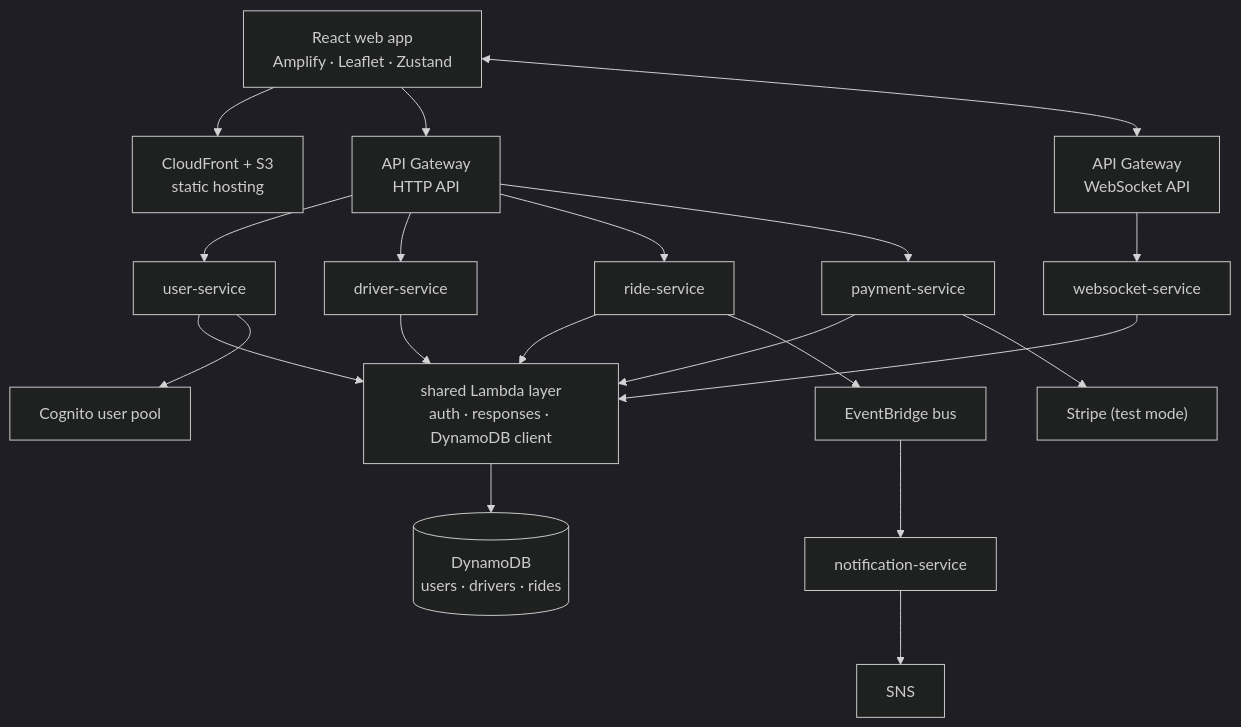
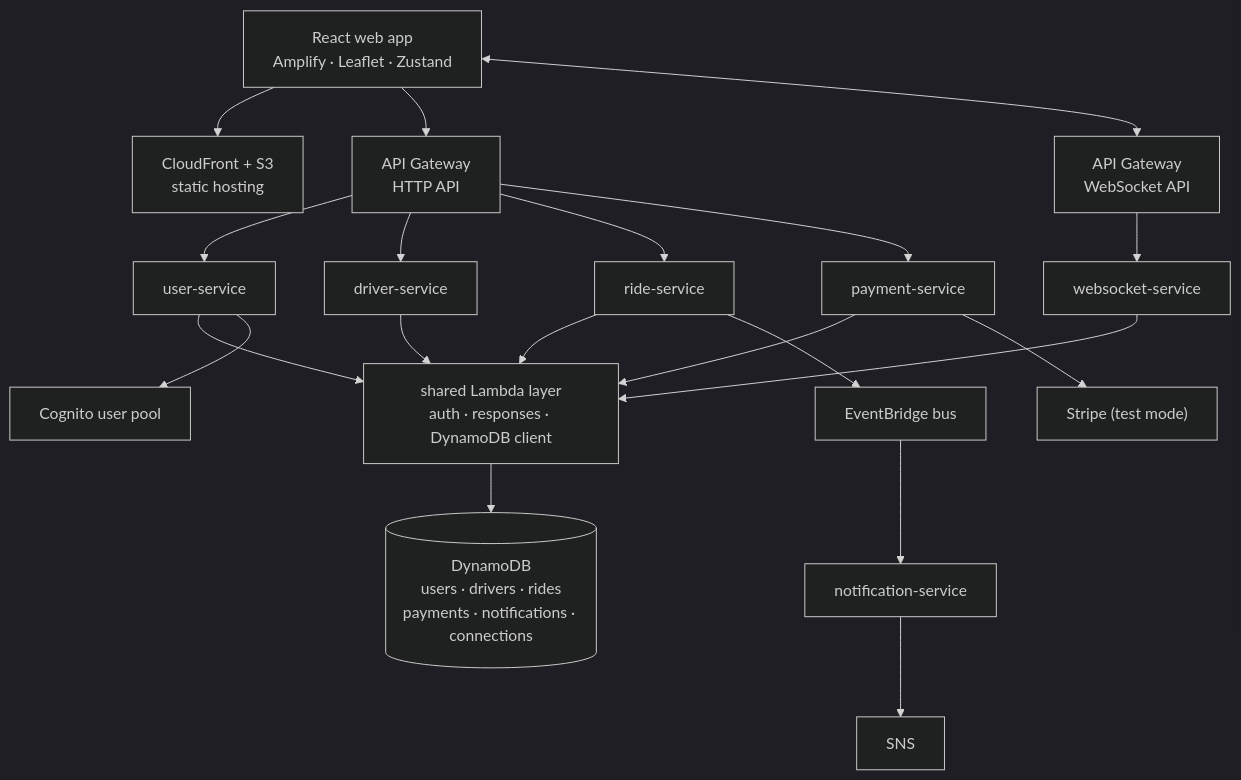
One commit to patsypppe/ridesharing-app changed the diagram in README.md. Above: the diagram before and after it, drawn with Mermaid (dark theme). The commit also changed other lines of this file and 2 other files, not shown here.

````diff
--- a/README.md
+++ b/README.md
@@ -29,26 +29,26 @@
 ```mermaid
 flowchart TB
     PWA["React web app<br/>Amplify · Leaflet · Zustand"]
     PWA --> CF["CloudFront + S3<br/>static hosting"]
     PWA --> HTTP["API Gateway<br/>HTTP API"]
     PWA <--> WS["API Gateway<br/>WebSocket API"]
 
     HTTP --> USER["user-service"]
     HTTP --> DRIVER["driver-service"]
     HTTP --> RIDE["ride-service"]
     HTTP --> PAY["payment-service"]
     WS --> SOCK["websocket-service"]
 
     USER --> LAYER["shared Lambda layer<br/>auth · responses · DynamoDB client"]
     DRIVER --> LAYER
     RIDE --> LAYER
     PAY --> LAYER
     SOCK --> LAYER
 
-    LAYER --> DDB[("DynamoDB<br/>users · drivers · rides")]
+    LAYER --> DDB[("DynamoDB<br/>users · drivers · rides<br/>payments · notifications · connections")]
     USER --> COG["Cognito user pool"]
     PAY --> STRIPE["Stripe (test mode)"]
     RIDE --> EB["EventBridge bus"]
     EB --> NOTIF["notification-service"]
     NOTIF --> SNS["SNS"]
 ```
````
